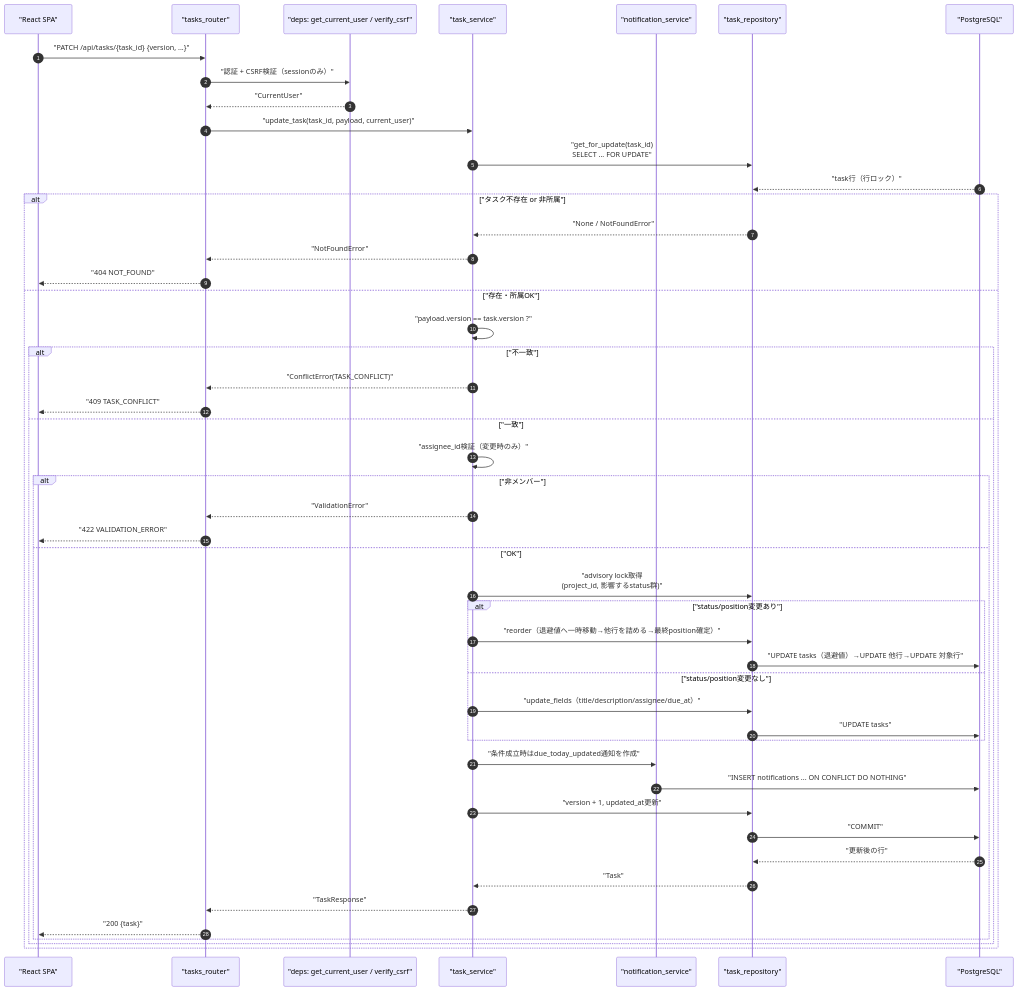
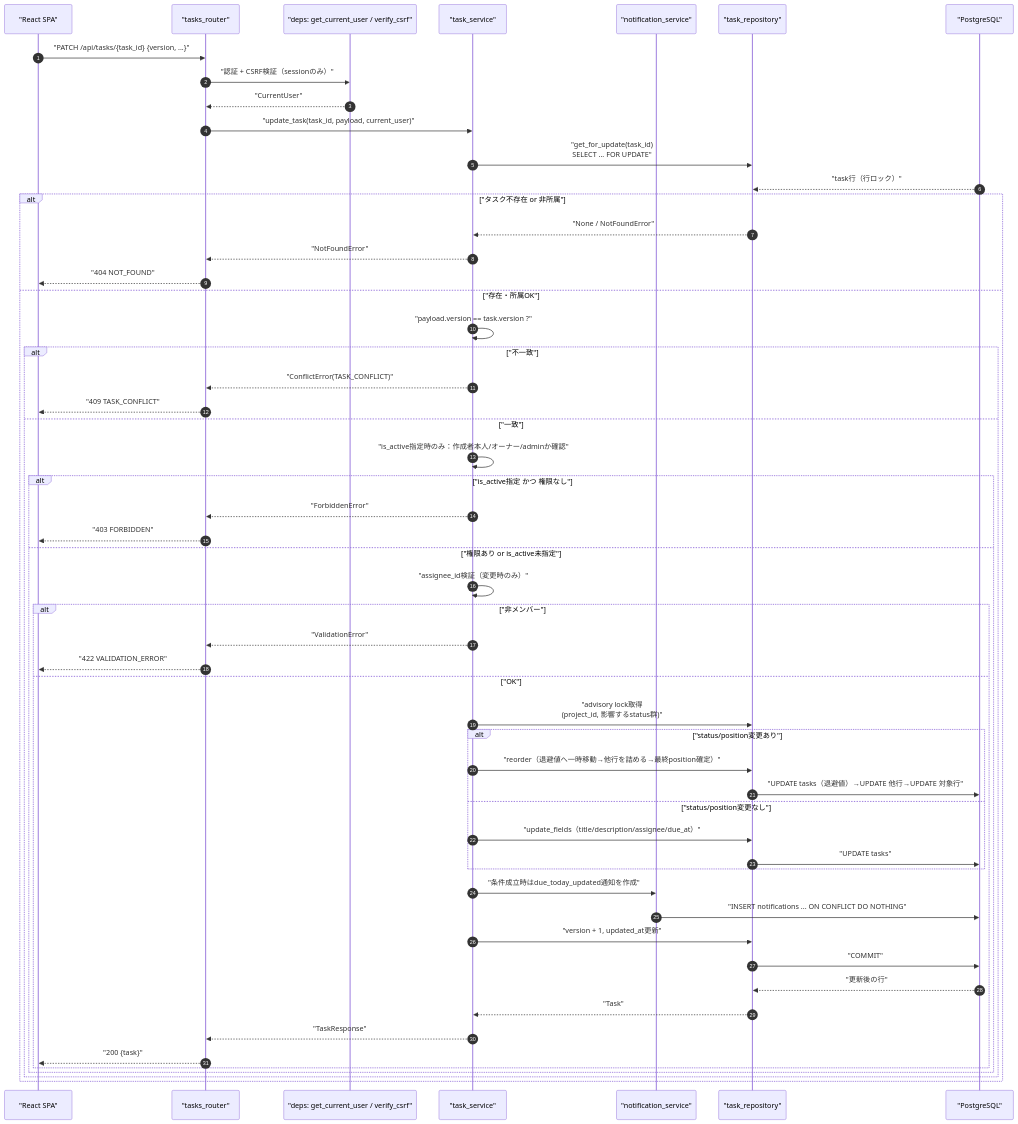
The first of 4 diagrams in detailed_design/api/tasks/04_patch_task.md (oikawa-d/task_management), drawn with Mermaid before and after one commit. The commit also changed other lines of this file and 25 other files, not shown here.

````diff
--- a/detailed_design/api/tasks/04_patch_task.md
+++ b/detailed_design/api/tasks/04_patch_task.md
@@ -107,52 +114,58 @@
 ```mermaid
 sequenceDiagram
     autonumber
     participant FE as "React SPA"
     participant R as "tasks_router"
     participant D as "deps: get_current_user / verify_csrf"
     participant S as "task_service"
     participant NS as "notification_service"
     participant TR as "task_repository"
     participant PG as "PostgreSQL"
 
     FE->>R: "PATCH /api/tasks/{task_id} {version, ...}"
     R->>D: "認証 + CSRF検証（sessionのみ）"
     D-->>R: "CurrentUser"
     R->>S: "update_task(task_id, payload, current_user)"
     S->>TR: "get_for_update(task_id)<br/>SELECT ... FOR UPDATE"
     PG-->>TR: "task行（行ロック）"
     alt "タスク不存在 or 非所属"
         TR-->>S: "None / NotFoundError"
         S-->>R: "NotFoundError"
         R-->>FE: "404 NOT_FOUND"
     else "存在・所属OK"
         S->>S: "payload.version == task.version ?"
         alt "不一致"
             S-->>R: "ConflictError(TASK_CONFLICT)"
             R-->>FE: "409 TASK_CONFLICT"
         else "一致"
+            S->>S: "is_active指定時のみ：作成者本人/オーナー/adminか確認"
+            alt "is_active指定 かつ 権限なし"
+                S-->>R: "ForbiddenError"
+                R-->>FE: "403 FORBIDDEN"
+            else "権限あり or is_active未指定"
             S->>S: "assignee_id検証（変更時のみ）"
             alt "非メンバー"
                 S-->>R: "ValidationError"
                 R-->>FE: "422 VALIDATION_ERROR"
             else "OK"
                 S->>TR: "advisory lock取得<br/>(project_id, 影響するstatus群)"
                 alt "status/position変更あり"
                     S->>TR: "reorder（退避値へ一時移動→他行を詰める→最終position確定）"
                     TR->>PG: "UPDATE tasks（退避値）→UPDATE 他行→UPDATE 対象行"
                 else "status/position変更なし"
                     S->>TR: "update_fields（title/description/assignee/due_at）"
                     TR->>PG: "UPDATE tasks"
                 end
                 S->>NS: "条件成立時はdue_today_updated通知を作成"
                 NS->>PG: "INSERT notifications ... ON CONFLICT DO NOTHING"
                 S->>TR: "version + 1, updated_at更新"
                 TR->>PG: "COMMIT"
                 PG-->>TR: "更新後の行"
                 TR-->>S: "Task"
                 S-->>R: "TaskResponse"
                 R-->>FE: "200 {task}"
             end
+            end
         end
     end
 ```
````
